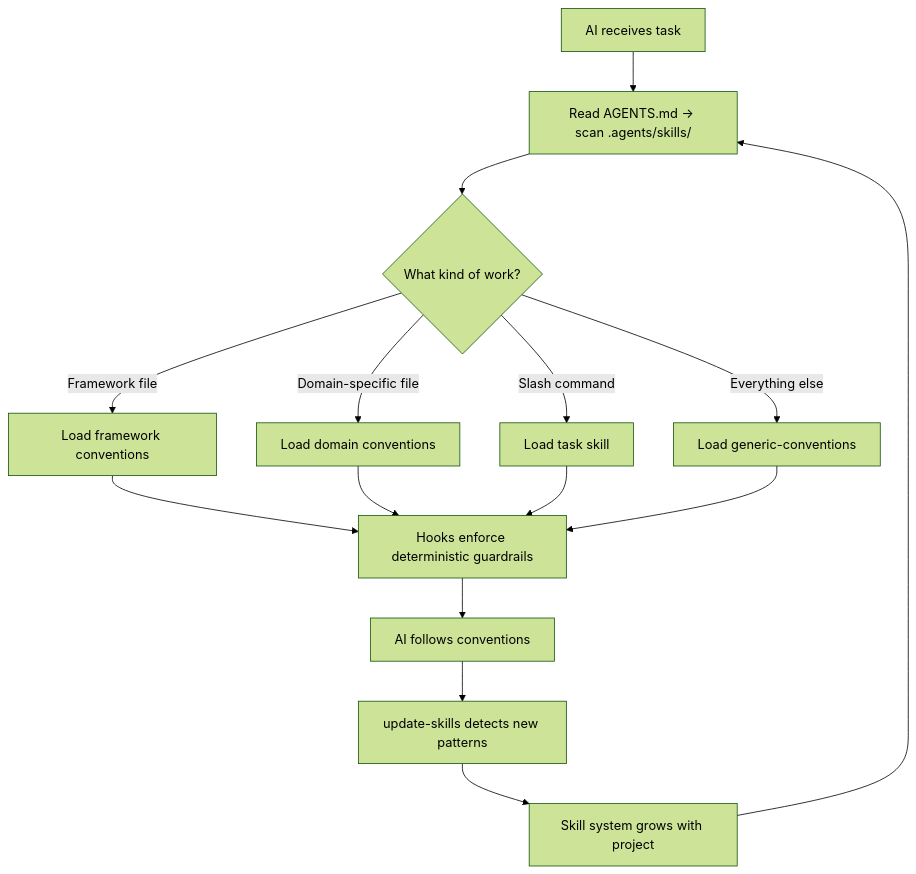
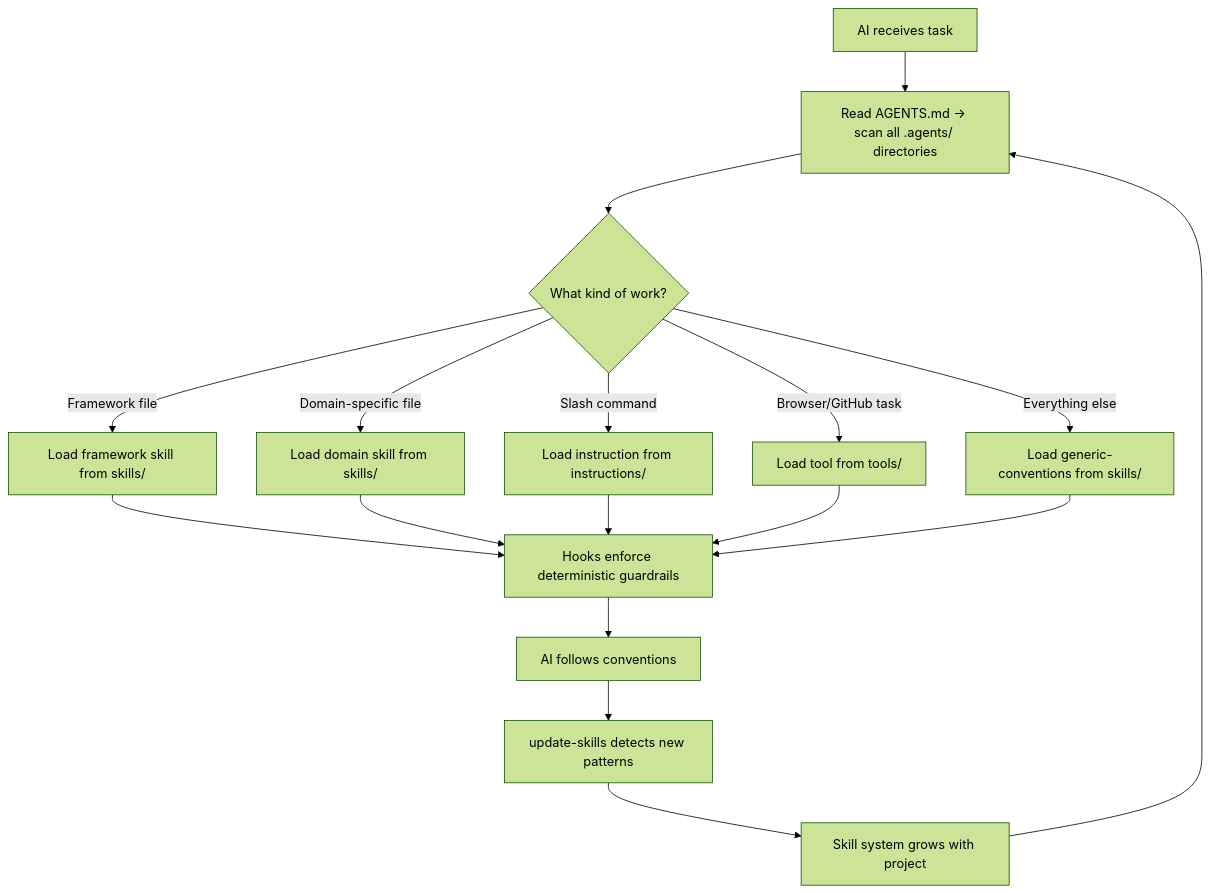
One commit to jtmb/ingenium changed the second of 2 diagrams in README.md. Above: the diagram before and after it, drawn with Mermaid (forest theme). The commit also changed other lines of this file and 63 other files, not shown here.

First line of the commit message:
refactor: split .agents/skills/ into skills/, instructions/, and tools/

````diff
--- a/README.md
+++ b/README.md
@@ -224,17 +241,19 @@
 ```mermaid
 graph TD
-    A[AI receives task] --> B[Read AGENTS.md → scan .agents/skills/]
+    A[AI receives task] --> B[Read AGENTS.md → scan all .agents/ directories]
     B --> C{What kind of work?}
-    C -->|Framework file| D[Load framework conventions]
-    C -->|Domain-specific file| E[Load domain conventions]
-    C -->|Slash command| F[Load task skill]
-    C -->|Everything else| G[Load generic-conventions]
-    D --> H[Hooks enforce deterministic guardrails]
-    E --> H
-    F --> H
-    G --> H
-    H --> I[AI follows conventions]
-    I --> J[update-skills detects new patterns]
-    J --> K[Skill system grows with project]
-    K --> B
+    C -->|Framework file| D[Load framework skill from skills/]
+    C -->|Domain-specific file| E[Load domain skill from skills/]
+    C -->|Slash command| F[Load instruction from instructions/]
+    C -->|Browser/GitHub task| G[Load tool from tools/]
+    C -->|Everything else| H[Load generic-conventions from skills/]
+    D --> I[Hooks enforce deterministic guardrails]
+    E --> I
+    F --> I
+    G --> I
+    H --> I
+    I --> J[AI follows conventions]
+    J --> K[update-skills detects new patterns]
+    K --> L[Skill system grows with project]
+    L --> B
 ```
````
